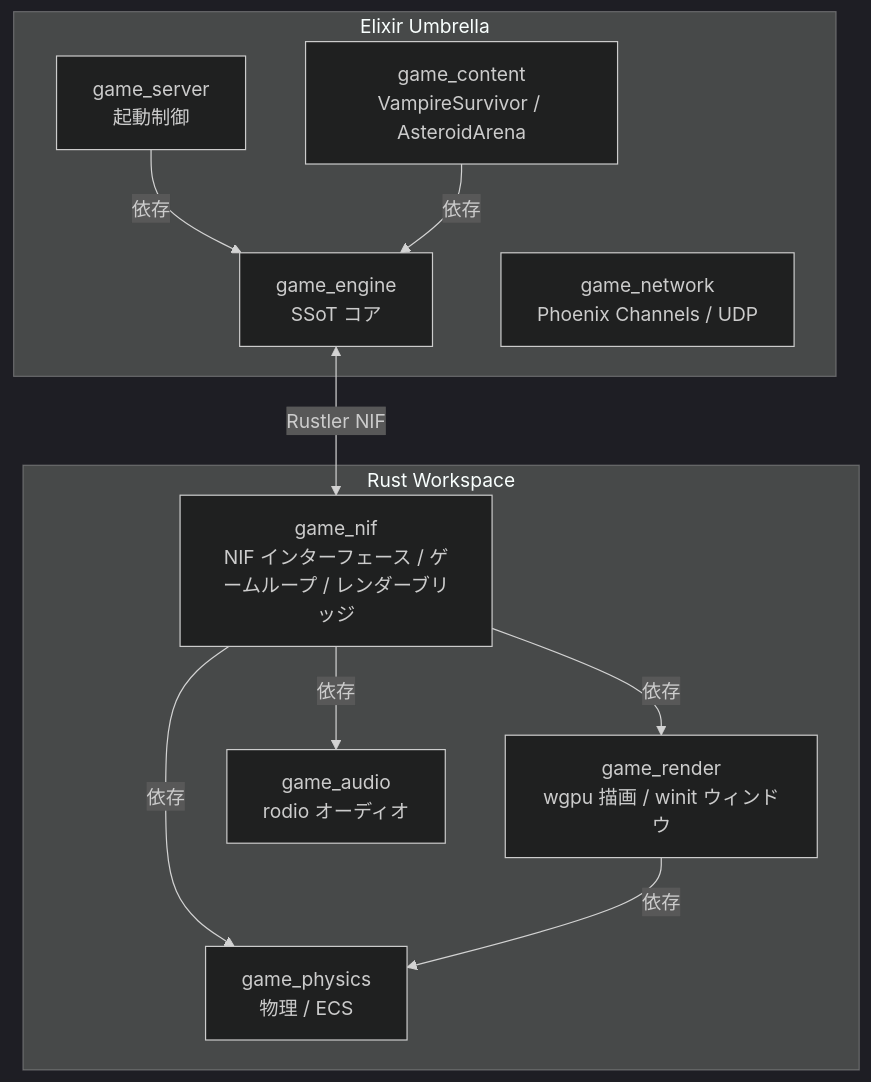
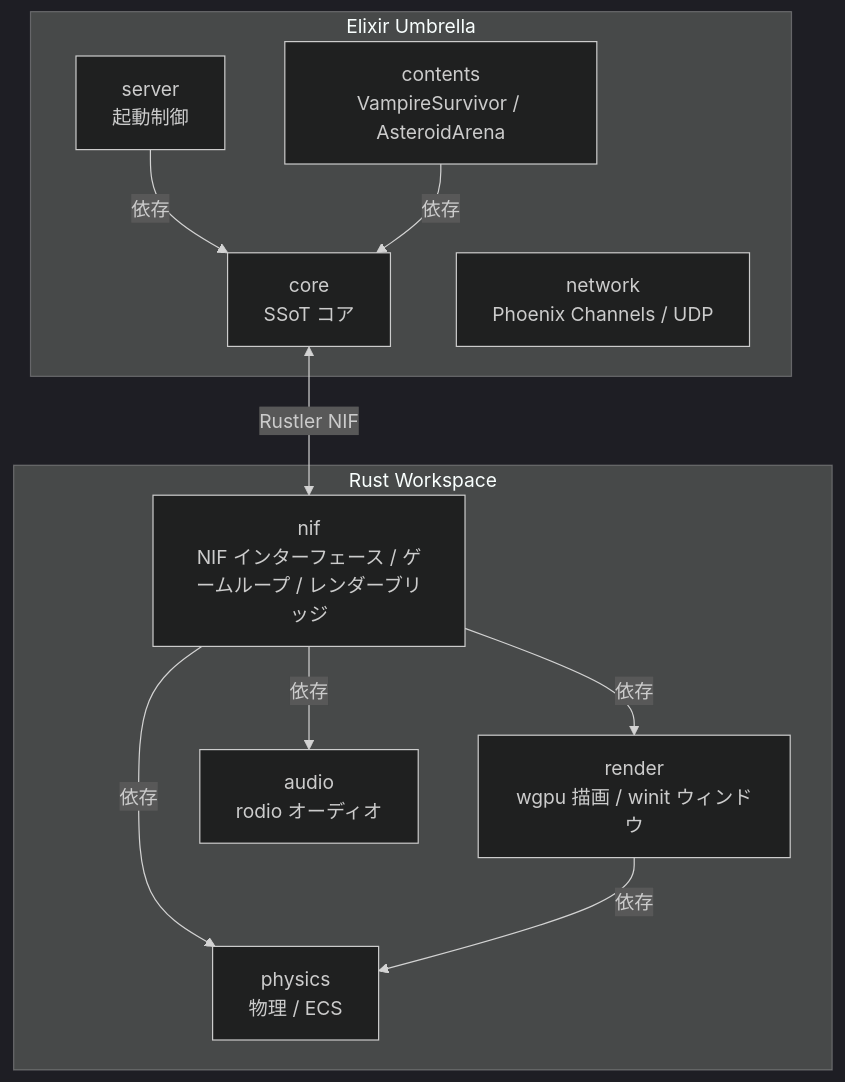
Before and after one commit to FRICK-ELDY/alchemy-engine: the first of 4 diagrams in docs/architecture-overview.md, drawn with Mermaid (dark theme). The commit also changed other lines of this file and 13 other files, not shown here.

Commit message:
refactor: content-engine rename Phase 6 — CI・docs・rules の旧名称を新名称に統一

````diff
--- a/docs/architecture-overview.md
+++ b/docs/architecture-overview.md
@@ -14,24 +14,24 @@
 ```mermaid
 graph TB
     subgraph Elixir["Elixir Umbrella"]
-        GS[game_server<br/>起動制御]
-        GE[game_engine<br/>SSoT コア]
-        GC[game_content<br/>VampireSurvivor / AsteroidArena]
-        GN[game_network<br/>Phoenix Channels / UDP]
+        GS[server<br/>起動制御]
+        GE[core<br/>SSoT コア]
+        GC[contents<br/>VampireSurvivor / AsteroidArena]
+        GN[network<br/>Phoenix Channels / UDP]
         GS -->|依存| GE
         GC -->|依存| GE
     end
 
     GE <-->|Rustler NIF| GNIF
 
     subgraph Rust["Rust Workspace"]
-        GNIF[game_nif<br/>NIF インターフェース / ゲームループ / レンダーブリッジ]
-        GSIM[game_physics<br/>物理 / ECS]
-        GRENDER[game_render<br/>wgpu 描画 / winit ウィンドウ]
-        GAUDIO[game_audio<br/>rodio オーディオ]
+        GNIF[nif<br/>NIF インターフェース / ゲームループ / レンダーブリッジ]
+        GSIM[physics<br/>物理 / ECS]
+        GRENDER[render<br/>wgpu 描画 / winit ウィンドウ]
+        GAUDIO[audio<br/>rodio オーディオ]
         GNIF -->|依存| GSIM
         GNIF -->|依存| GRENDER
         GNIF -->|依存| GAUDIO
         GRENDER -->|依存| GSIM
     end
 ```
````
